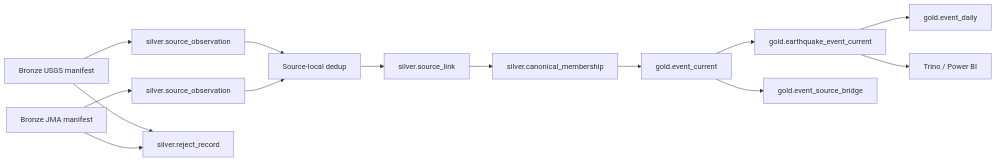
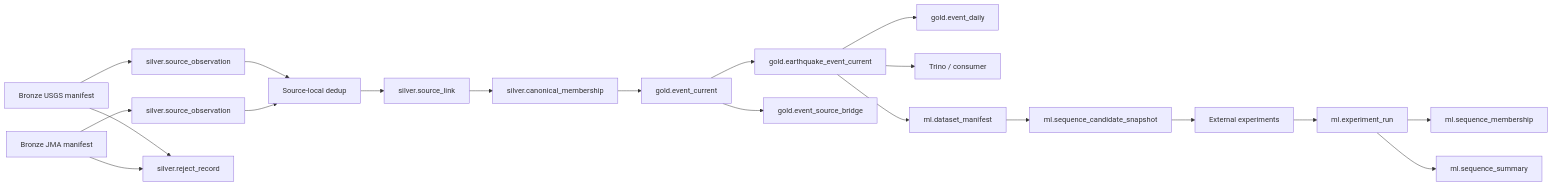
The diagram in docs/specs/SILVER_GOLD_DATA_MODEL.md (HoaiTam/japan-earthquake-etl), drawn with Mermaid before and after one commit. The commit also changed other lines of this file and 16 other files, not shown here.

````diff
--- a/docs/specs/SILVER_GOLD_DATA_MODEL.md
+++ b/docs/specs/SILVER_GOLD_DATA_MODEL.md
@@ -45,16 +51,22 @@
 ```mermaid
 flowchart LR
     BU["Bronze USGS manifest"] --> OU["silver.source_observation"]
     BJ["Bronze JMA manifest"] --> OJ["silver.source_observation"]
     BU --> R["silver.reject_record"]
     BJ --> R
     OU --> D["Source-local dedup"]
     OJ --> D
     D --> L["silver.source_link"]
     L --> M["silver.canonical_membership"]
     M --> G["gold.event_current"]
     G --> V["gold.earthquake_event_current"]
     G --> B["gold.event_source_bridge"]
     V --> A["gold.event_daily"]
-    V --> T["Trino / Power BI"]
+    V --> T["Trino / consumer"]
+    V --> DM["ml.dataset_manifest"]
+    DM --> C["ml.sequence_candidate_snapshot"]
+    C --> E["External experiments"]
+    E --> MR["ml.experiment_run"]
+    MR --> MM["ml.sequence_membership"]
+    MR --> MS["ml.sequence_summary"]
 ```
````
